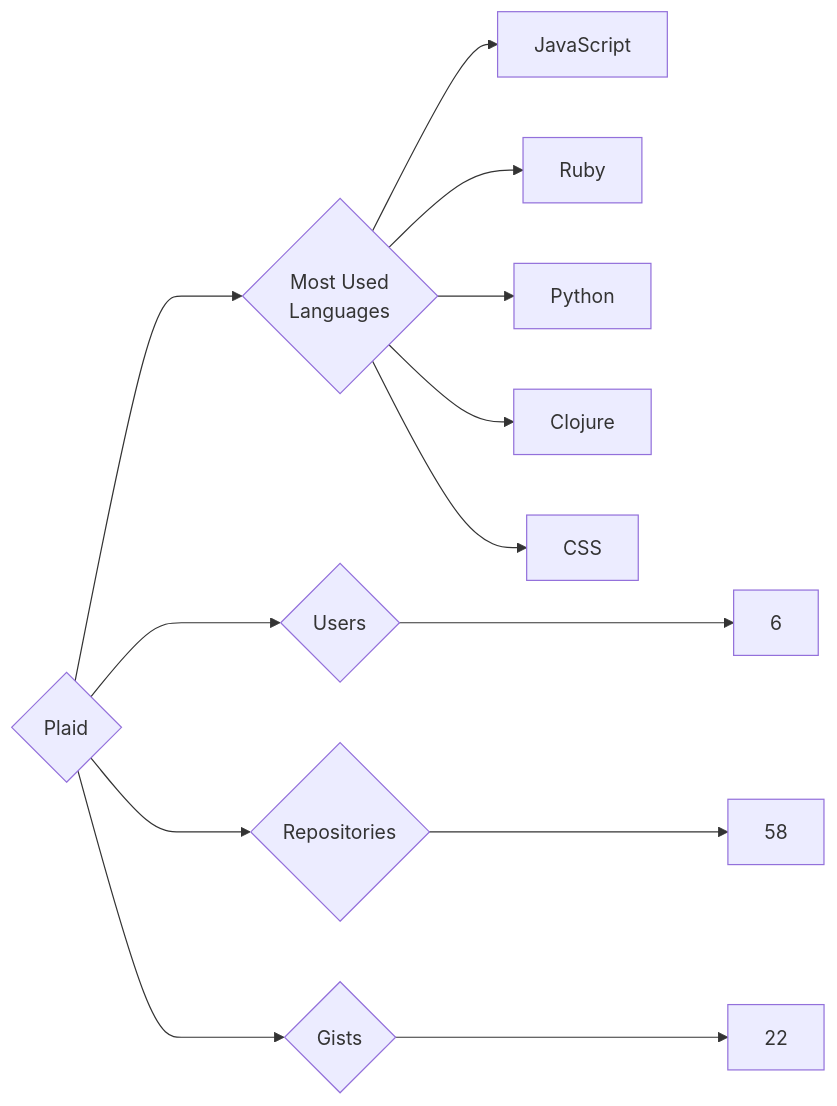
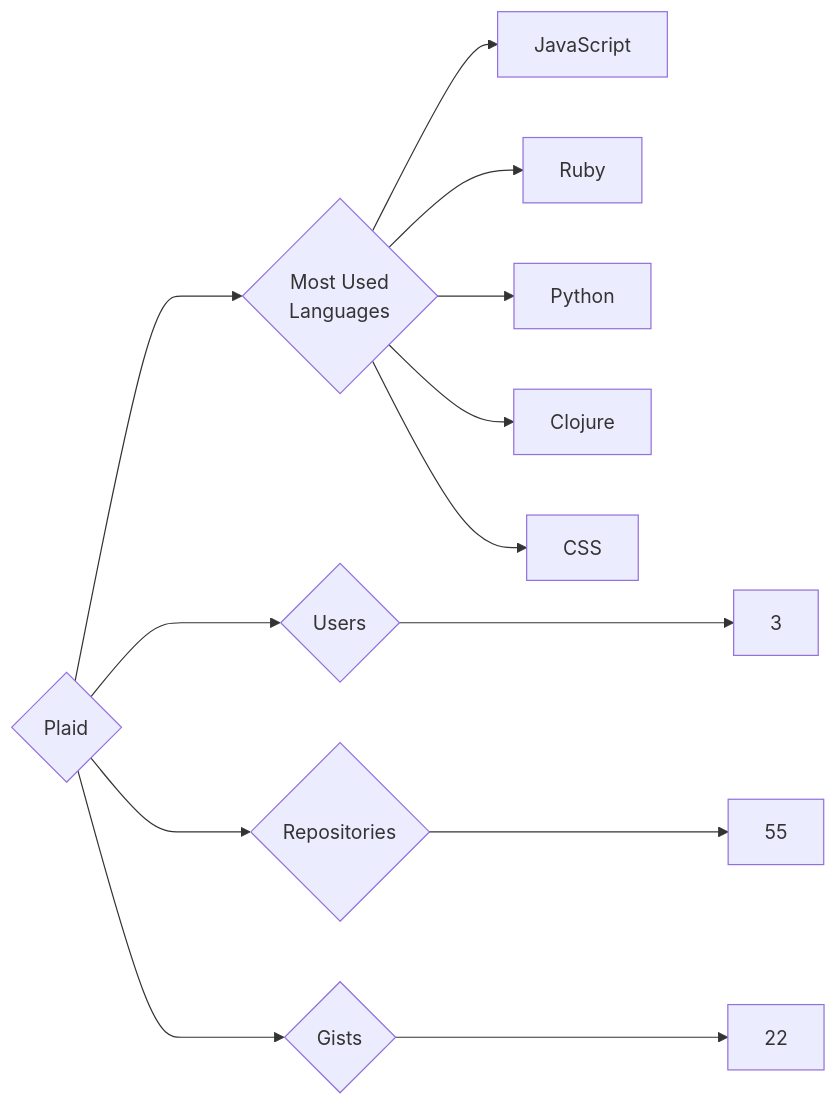
Before and after one commit to trickest/insiders: the diagram in targets/Plaid/README.md, drawn with Mermaid. The commit also changed 965 other files, not shown here.

````diff
--- a/targets/Plaid/README.md
+++ b/targets/Plaid/README.md
@@ -3,13 +3,13 @@
 ```mermaid
 graph LR
 COMPANY_NAME{Plaid}
-COMPANY_NAME ---> U{Users} ---> UN[6]
-COMPANY_NAME ---> R{Repositories} ---> RN[58]
+COMPANY_NAME ---> U{Users} ---> UN[3]
+COMPANY_NAME ---> R{Repositories} ---> RN[55]
 COMPANY_NAME ---> G{Gists} ---> GN[22]
 COMPANY_NAME ---> ML{Most Used<br>Languages}
 ML --> JavaScript[JavaScript]
 ML --> Ruby[Ruby]
 ML --> Python[Python]
 ML --> Clojure[Clojure]
 ML --> CSS[CSS]
 ```
````
